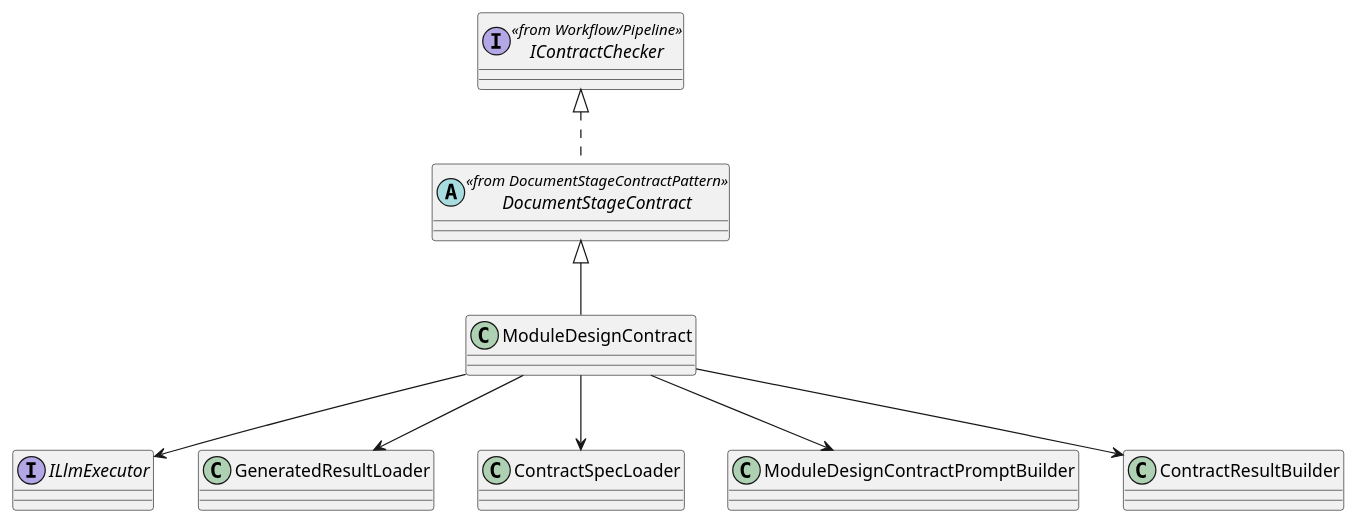
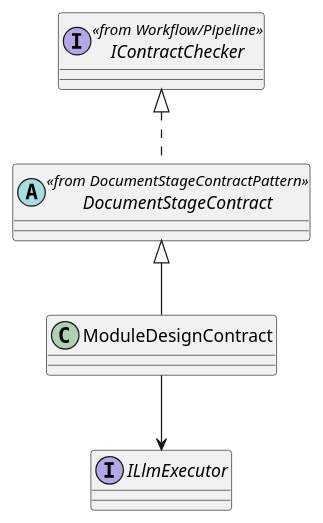
One commit to lucky-chen/ai_workflow_travel changed the first of 2 diagrams in meta_layer/docs/design_docs/Contract/ModuleDesignContract.md. Above: the diagram before and after it, drawn with PlantUML. The commit also changed other lines of this file and 3 other files, not shown here.

First line of the commit message:
[AI] gpt-5.4: align contract design docs with pattern overrides

````diff
--- a/meta_layer/docs/design_docs/Contract/ModuleDesignContract.md
+++ b/meta_layer/docs/design_docs/Contract/ModuleDesignContract.md
@@ -43,21 +43,13 @@
 ```plantuml
 @startuml
 interface IContractChecker <<from Workflow/Pipeline>>
 interface ILlmExecutor
 abstract class DocumentStageContract <<from DocumentStageContractPattern>>
 
 class ModuleDesignContract
-class GeneratedResultLoader
-class ContractSpecLoader
-class ModuleDesignContractPromptBuilder
-class ContractResultBuilder
 
 IContractChecker <|.. DocumentStageContract
 DocumentStageContract <|-- ModuleDesignContract
-ModuleDesignContract --> GeneratedResultLoader
-ModuleDesignContract --> ContractSpecLoader
-ModuleDesignContract --> ModuleDesignContractPromptBuilder
 ModuleDesignContract --> ILlmExecutor
-ModuleDesignContract --> ContractResultBuilder
 @enduml
 ```
````
